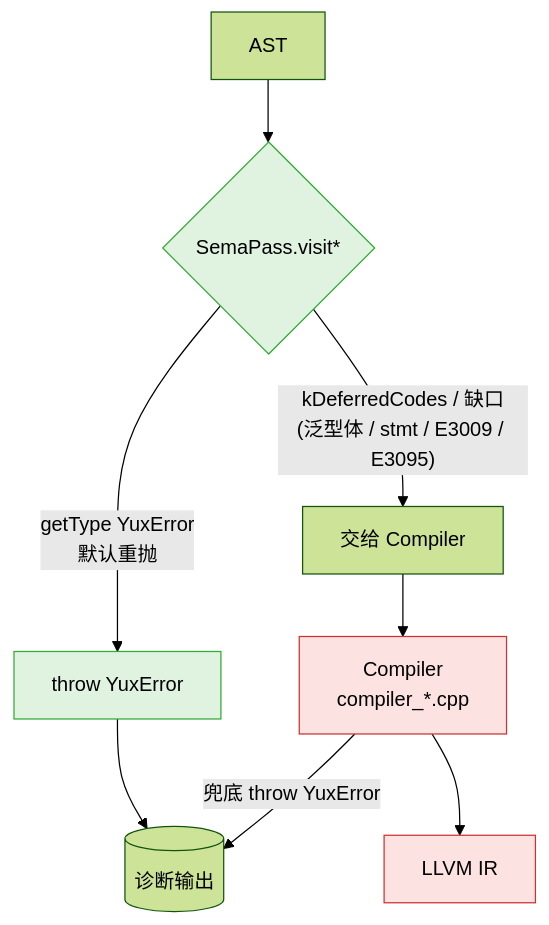
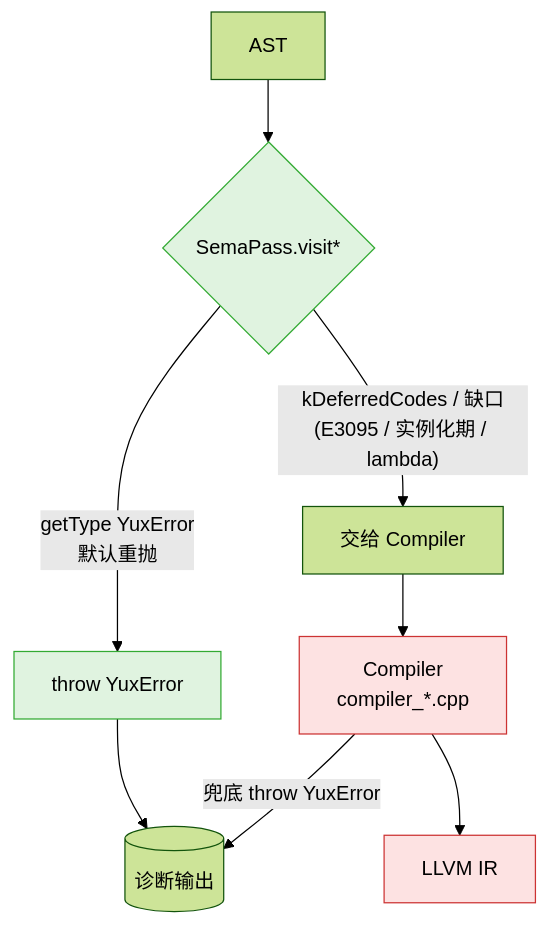
The fourth of 6 diagrams in yux.md (riu-lang/riu), drawn with Mermaid (forest theme) before and after one commit. The commit also changed 13 other files, not shown here.

First line of the commit message:
feat: SemaPass 带 target-type 检查数组字面量，E3009 不再退回 Compiler

````diff
--- a/yux.md
+++ b/yux.md
@@ -116,18 +116,18 @@
 ```mermaid
 flowchart TB
     ast[AST] --> sema{SemaPass.visit*}
 
     sema -- "getType YuxError<br/>默认重抛" --> throwSema[throw YuxError]
-    sema -- "kDeferredCodes / 缺口<br/>(泛型体 / stmt / E3009 / E3095)" --> skip[交给 Compiler]
+    sema -- "kDeferredCodes / 缺口<br/>(E3095 / 实例化期 / lambda)" --> skip[交给 Compiler]
 
     throwSema --> userErr[(诊断输出)]
     skip --> compiler[Compiler<br/>compiler_*.cpp]
 
     compiler -- "兜底 throw YuxError" --> userErr
     compiler --> ir[LLVM IR]
 
     classDef green fill:#e0f3e0,stroke:#3a3
     classDef red fill:#fde2e2,stroke:#c33
     class sema,throwSema green
     class compiler,ir red
 ```
````
